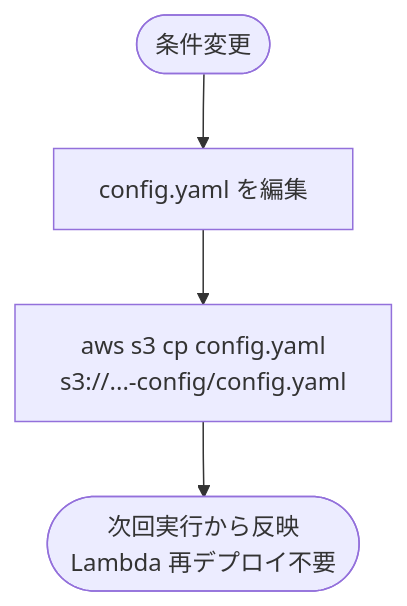
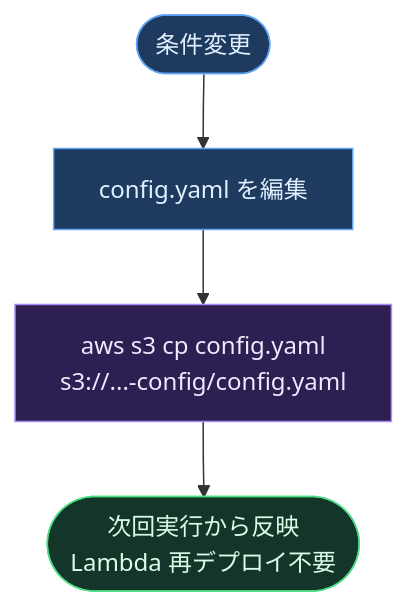
Before and after one commit to nabeo-git/investment: the fifth of 6 diagrams in docs/05_operations_architecture.md, drawn with Mermaid. The commit also changed other lines of this file, not shown here.

First line of the commit message:
docs: Mermaid図にダーク/ライト両対応の色指定を追加

````diff
--- a/docs/05_operations_architecture.md
+++ b/docs/05_operations_architecture.md
@@ -123,6 +186,14 @@
 ```mermaid
 flowchart TD
-    A([条件変更]) --> B["config.yaml を編集"]
-    B --> C["aws s3 cp config.yaml\ns3://...-config/config.yaml"]
-    C --> D([次回実行から反映\nLambda 再デプロイ不要])
+    A(["条件変更"])
+    B["config.yaml を編集"]
+    C["aws s3 cp config.yaml\ns3://...-config/config.yaml"]
+    D(["次回実行から反映\nLambda 再デプロイ不要"])
+
+    A --> B --> C --> D
+
+    style A fill:#1e3a5f,stroke:#60a5fa,color:#e0f0ff
+    style B fill:#1e3a5f,stroke:#60a5fa,color:#e0f0ff
+    style C fill:#2d1f52,stroke:#a78bfa,color:#ede9fe
+    style D fill:#14362a,stroke:#4ade80,color:#dcfce7
 ```
````
